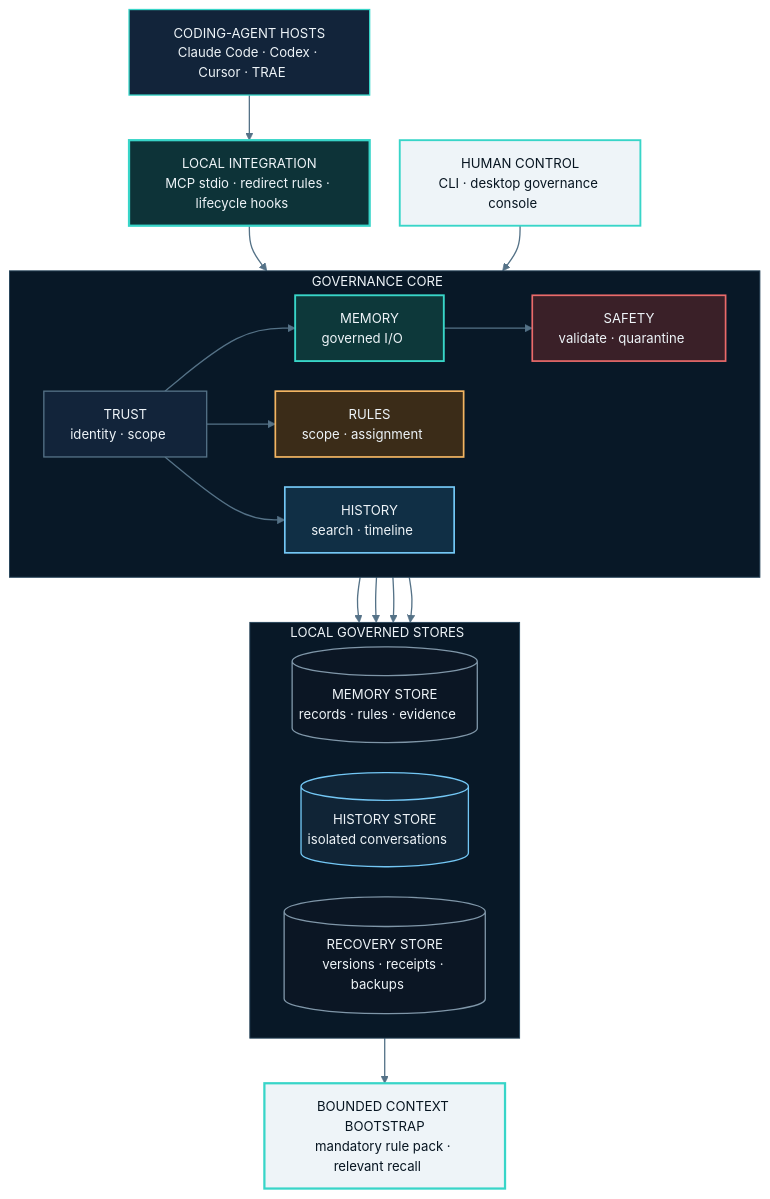
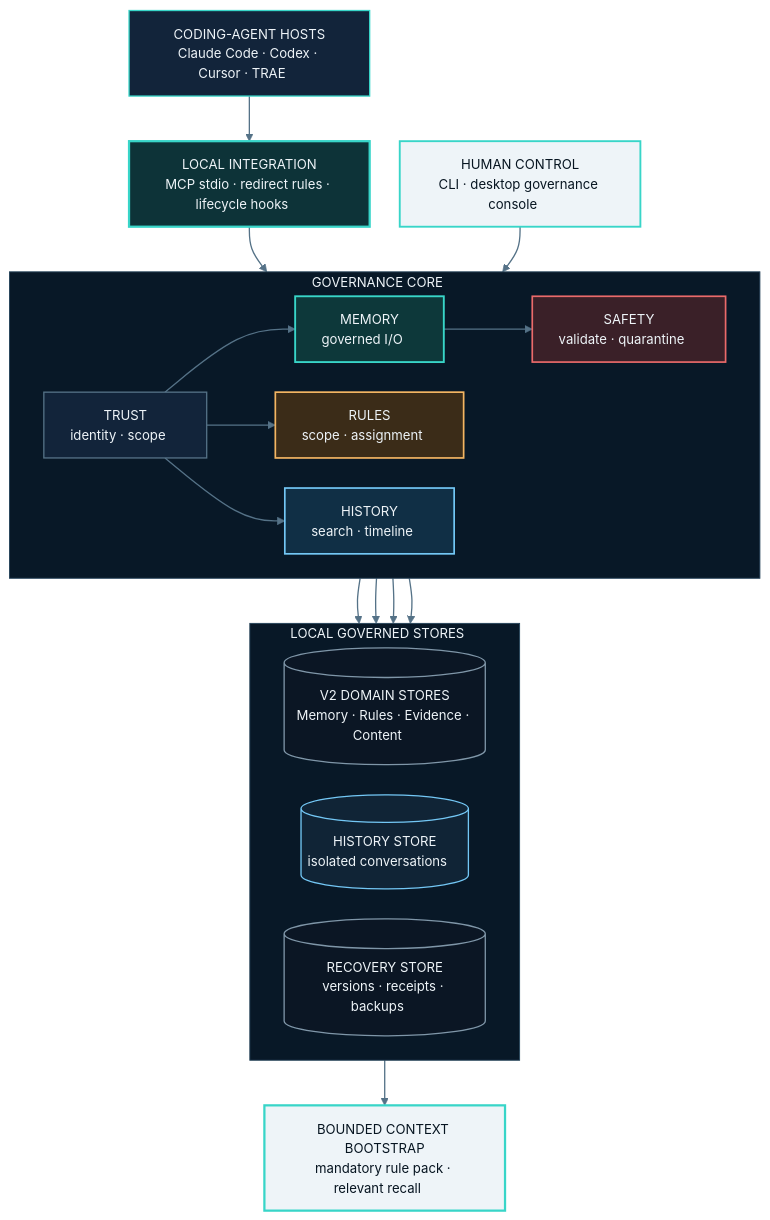
The first of 3 diagrams in README.md (irisxc4/memoryguard), drawn with Mermaid before and after one commit. The commit also changed other lines of this file and 192 other files, not shown here.

````diff
--- a/README.md
+++ b/README.md
@@ -65,54 +66,54 @@
 ```mermaid
 %%{init: {"theme":"base","themeVariables":{"background":"#071521","fontFamily":"Arial, sans-serif","fontSize":"14px","primaryTextColor":"#EEF4F8","lineColor":"#557287","edgeLabelBackground":"#071521","clusterBkg":"#0A1A29","clusterBorder":"#27445A"},"flowchart":{"htmlLabels":true,"curve":"basis","nodeSpacing":32,"rankSpacing":48,"padding":14}}}%%
 flowchart TB
     Hosts["CODING-AGENT HOSTS<br/>Claude Code · Codex · Cursor · TRAE&nbsp;&nbsp;&nbsp;&nbsp;"]:::host
     Gateway["LOCAL INTEGRATION<br/>MCP stdio · redirect rules · lifecycle hooks&nbsp;&nbsp;&nbsp;&nbsp;"]:::gateway
 
     subgraph Core["GOVERNANCE CORE&nbsp;&nbsp;&nbsp;&nbsp;"]
         direction LR
         Identity["TRUST<br/>identity · scope&nbsp;&nbsp;&nbsp;&nbsp;"]:::core
         MemoryAPI["MEMORY<br/>governed I/O&nbsp;&nbsp;&nbsp;&nbsp;"]:::active
         Rules["RULES<br/>scope · assignment&nbsp;&nbsp;&nbsp;&nbsp;"]:::rule
         HistoryAPI["HISTORY<br/>search · timeline&nbsp;&nbsp;&nbsp;&nbsp;"]:::history
         Security["SAFETY<br/>validate · quarantine&nbsp;&nbsp;&nbsp;&nbsp;"]:::danger
 
         Identity --> MemoryAPI
         Identity --> Rules
         Identity --> HistoryAPI
         MemoryAPI --> Security
     end
 
     subgraph Stores["LOCAL GOVERNED STORES&nbsp;&nbsp;&nbsp;&nbsp;"]
         direction LR
-        SharedDB[("MEMORY STORE<br/>records · rules · evidence&nbsp;&nbsp;&nbsp;&nbsp;")]:::store
+        SharedDB[("V2 DOMAIN STORES<br/>Memory · Rules · Evidence · Content&nbsp;&nbsp;&nbsp;&nbsp;")]:::store
         HistoryDB[("HISTORY STORE<br/>isolated conversations&nbsp;&nbsp;&nbsp;&nbsp;")]:::historyStore
         AuditDB[("RECOVERY STORE<br/>versions · receipts · backups&nbsp;&nbsp;&nbsp;&nbsp;")]:::store
     end
 
     Bootstrap["BOUNDED CONTEXT BOOTSTRAP<br/>mandatory rule pack · relevant recall&nbsp;&nbsp;&nbsp;&nbsp;"]:::bootstrap
     Control["HUMAN CONTROL<br/>CLI · desktop governance console&nbsp;&nbsp;&nbsp;&nbsp;"]:::surface
 
     Hosts --> Gateway --> Identity
     MemoryAPI --> SharedDB
     Rules --> SharedDB
     HistoryAPI --> HistoryDB
     Security --> AuditDB
     SharedDB --> Bootstrap
     Control --> Identity
 
     classDef host fill:#12243A,stroke:#38D5C8,color:#EEF4F8,stroke-width:1.4px;
     classDef gateway fill:#0D3338,stroke:#38D5C8,color:#EEF4F8,stroke-width:2.4px;
     classDef core fill:#12243A,stroke:#557287,color:#EEF4F8,stroke-width:1.4px;
     classDef active fill:#0D383A,stroke:#38D5C8,color:#EEF4F8,stroke-width:2px;
     classDef rule fill:#3B2C18,stroke:#F3B562,color:#EEF4F8,stroke-width:1.8px;
     classDef history fill:#102F45,stroke:#73C7F5,color:#EEF4F8,stroke-width:1.8px;
     classDef danger fill:#3A2028,stroke:#EA6A6A,color:#EEF4F8,stroke-width:1.8px;
     classDef bootstrap fill:#EEF4F8,stroke:#38D5C8,color:#071521,stroke-width:2.4px;
     classDef store fill:#0B1624,stroke:#7F96A8,color:#EEF4F8,stroke-width:1.4px;
     classDef historyStore fill:#102436,stroke:#73C7F5,color:#EEF4F8,stroke-width:1.4px;
     classDef surface fill:#EEF4F8,stroke:#38D5C8,color:#071521,stroke-width:2px;
 
     style Core fill:#081827,stroke:#27445A,stroke-width:1px,color:#EEF4F8
     style Stores fill:#081827,stroke:#27445A,stroke-width:1px,color:#EEF4F8
     linkStyle default stroke:#557287,stroke-width:1.4px;
 ```
````
